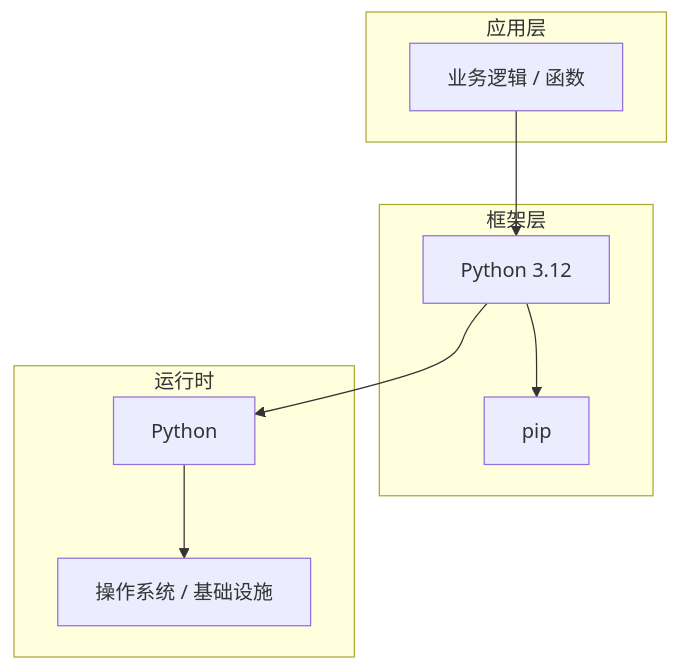
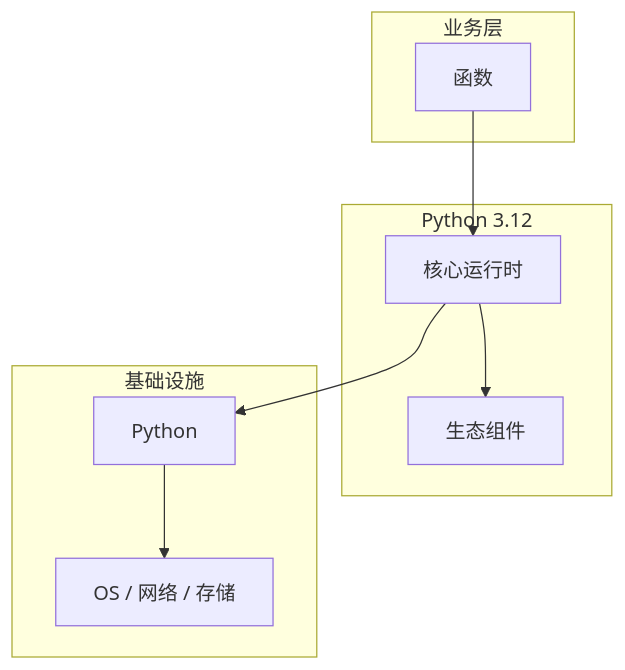
Before and after one commit to yanggan2015/knowledge-json-v2: the diagram in articles/Python核心/chapters/043-函数核心概念与原理.md, drawn with Mermaid. The commit also changed other lines of this file and 10127 other files, not shown here.

````diff
--- a/articles/Python核心/chapters/043-函数核心概念与原理.md
+++ b/articles/Python核心/chapters/043-函数核心概念与原理.md
@@ -45,18 +34,18 @@
 ```mermaid
 graph TB
-    subgraph 应用层
-        A[业务逻辑 / 函数]
+    subgraph 业务层
+        A[函数]
     end
-    subgraph 框架层
-        B[Python 3.12]
-        C[pip]
+    subgraph Python 3.12
+        B[核心运行时]
+        C[生态组件]
     end
-    subgraph 运行时
+    subgraph 基础设施
         D[Python]
-        E[操作系统 / 基础设施]
+        E[OS / 网络 / 存储]
     end
     A --> B
     B --> C
     B --> D
     D --> E
 ```
````
